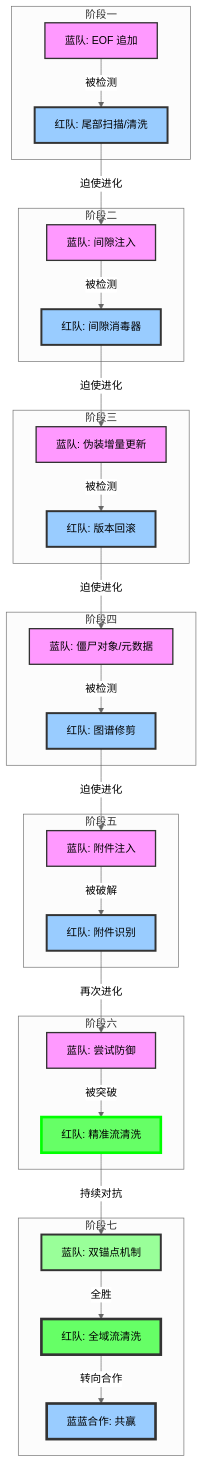
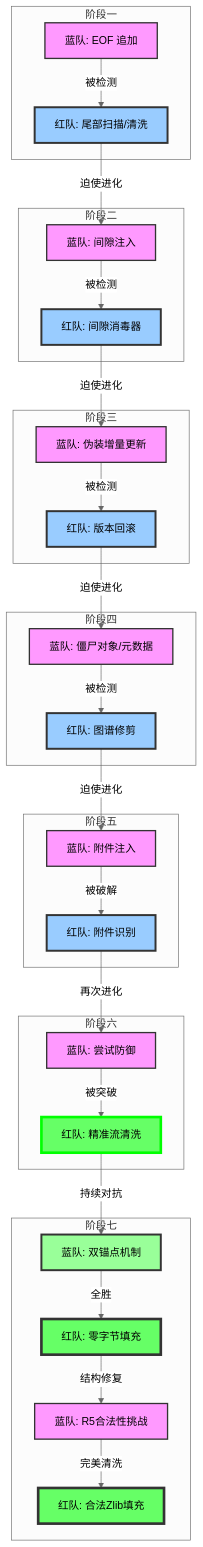
Before and after one commit to hrygo/phantom-stream: the diagram in attacker/PHANTOMSTREAM_FINAL_REPORT.md, drawn with Mermaid (neutral theme). The commit also changed other lines of this file and 19 other files, not shown here.

````diff
--- a/attacker/PHANTOMSTREAM_FINAL_REPORT.md
+++ b/attacker/PHANTOMSTREAM_FINAL_REPORT.md
@@ -19,55 +19,57 @@
 ```mermaid
 graph TD
     subgraph Phase1 [阶段一]
     D1[蓝队: EOF 追加] -->|被检测| A1[红队: 尾部扫描/清洗]
     end
     
     subgraph Phase2 [阶段二]
     A1 -->|迫使进化| D2[蓝队: 间隙注入]
     D2 -->|被检测| A2[红队: 间隙消毒器]
     end
     
     subgraph Phase3 [阶段三]
     A2 -->|迫使进化| D3[蓝队: 伪装增量更新]
     D3 -->|被检测| A3[红队: 版本回滚]
     end
     
     subgraph Phase4 [阶段四]
     A3 -->|迫使进化| D4[蓝队: 僵尸对象/元数据]
     D4 -->|被检测| A4[红队: 图谱修剪]
     end
 
     subgraph Phase5 [阶段五]
     A4 -->|迫使进化| D5[蓝队: 附件注入]
     D5 -->|被破解| A5[红队: 附件识别]
     end
 
     style D1 fill:#f9f,stroke:#333,stroke-width:2px
     style D2 fill:#f9f,stroke:#333,stroke-width:2px
     style D3 fill:#f9f,stroke:#333,stroke-width:2px
     style D4 fill:#f9f,stroke:#333,stroke-width:2px
     style D5 fill:#f9f,stroke:#333,stroke-width:2px
 
     style A1 fill:#9cf,stroke:#333,stroke-width:3px
     style A2 fill:#9cf,stroke:#333,stroke-width:3px
     style A3 fill:#9cf,stroke:#333,stroke-width:3px
     style A4 fill:#9cf,stroke:#333,stroke-width:3px
     style A5 fill:#9cf,stroke:#333,stroke-width:3px
 
     subgraph Phase6 [阶段六]
     A5 -->|再次进化| D6[蓝队: 尝试防御]
     D6 -->|被突破| A6[红队: 精准流清洗]
     end
 
     subgraph Phase7 [阶段七]
     A6 -->|持续对抗| D7[蓝队: 双锚点机制]
-    D7 -->|全胜| A7[红队: 全域流清洗]
-    A7 -->|转向合作| D8[蓝蓝合作: 共赢]
+    D7 -->|全胜| A7[红队: 零字节填充]
+    A7 -->|结构修复| D8[蓝队: R5合法性挑战]
+    D8 -->|完美清洗| A8[红队: 合法Zlib填充]
     end
 
     style D6 fill:#f9f,stroke:#333,stroke-width:2px
     style A6 fill:#6f6,stroke:#0f0,stroke-width:4px
     style D7 fill:#9f9,stroke:#f99,stroke:#333,stroke-width:3px
     style A7 fill:#6f6,stroke:#0f0,stroke:#333,stroke-width:4px
-    style D8 fill:#9cf,stroke:#00f,stroke:#333,stroke-width:4px
+    style D8 fill:#f9f,stroke:#333,stroke-width:2px
+    style A8 fill:#6f6,stroke:#0f0,stroke:#333,stroke-width:4px
 ```
````
